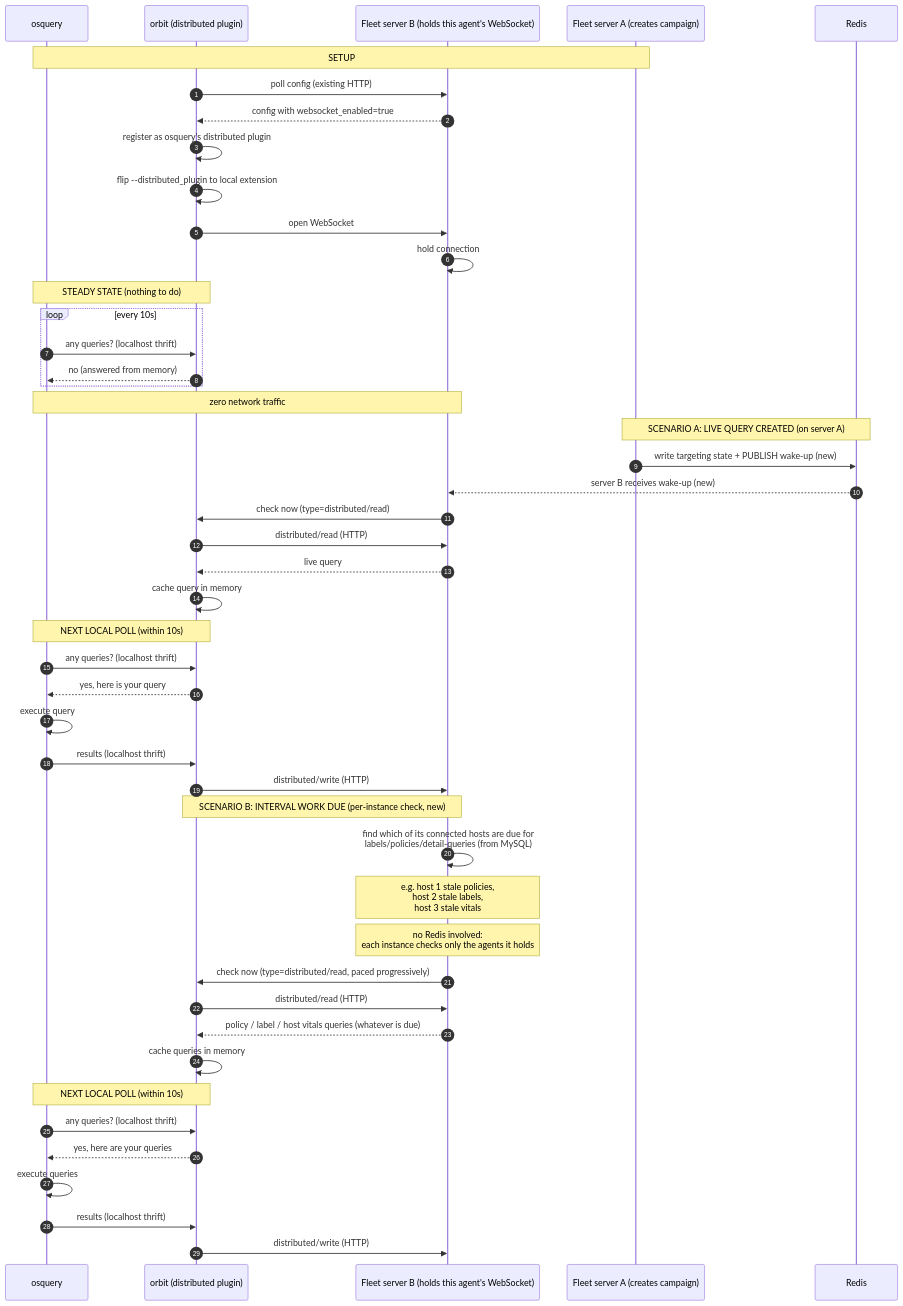
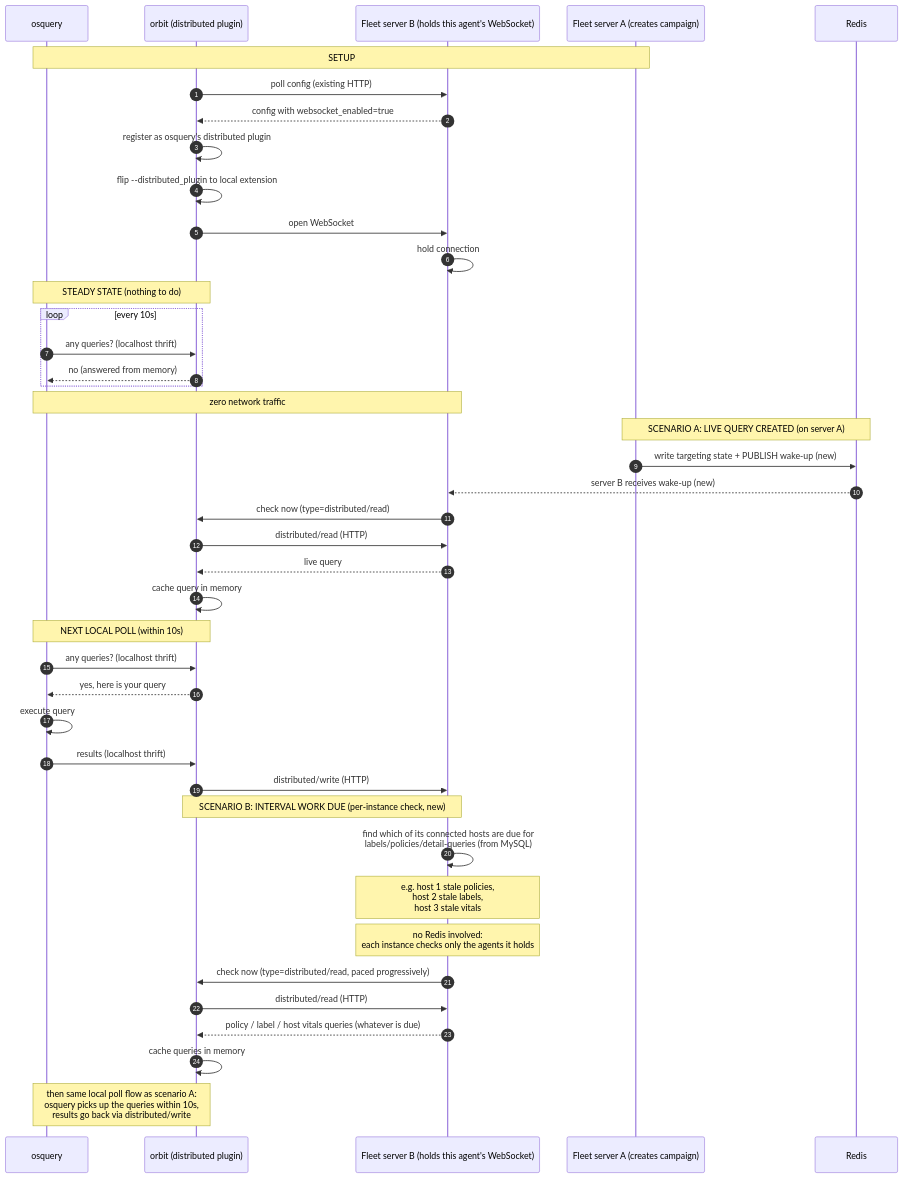
Before and after one commit to fleetdm/fleet: the third of 3 diagrams in docs/Contributing/adr/0011-agent-websocket-transport.md, drawn with Mermaid. The commit also changed other lines of this file, not shown here.

````diff
--- a/docs/Contributing/adr/0011-agent-websocket-transport.md
+++ b/docs/Contributing/adr/0011-agent-websocket-transport.md
@@ -194,55 +166,49 @@
 ```mermaid
 sequenceDiagram
     autonumber
     participant OSQ as osquery
     participant Orbit as orbit (distributed plugin)
     participant S2 as Fleet server B (holds this agent's WebSocket)
     participant S1 as Fleet server A (creates campaign)
     participant Redis
 
     Note over OSQ,S1: SETUP
     Orbit->>S2: poll config (existing HTTP)
     S2-->>Orbit: config with websocket_enabled=true
     Orbit->>Orbit: register as osquery's distributed plugin
     Orbit->>Orbit: flip --distributed_plugin to local extension
     Orbit->>S2: open WebSocket
     S2->>S2: hold connection
 
     Note over OSQ,Orbit: STEADY STATE (nothing to do)
     loop every 10s
         OSQ->>Orbit: any queries? (localhost thrift)
         Orbit-->>OSQ: no (answered from memory)
     end
     Note over OSQ,S2: zero network traffic
 
     Note over S1,Redis: SCENARIO A: LIVE QUERY CREATED (on server A)
     S1->>Redis: write targeting state + PUBLISH wake-up (new)
     Redis-->>S2: server B receives wake-up (new)
     S2->>Orbit: check now (type=distributed/read)
     Orbit->>S2: distributed/read (HTTP)
     S2-->>Orbit: live query
     Orbit->>Orbit: cache query in memory
 
     Note over OSQ,Orbit: NEXT LOCAL POLL (within 10s)
     OSQ->>Orbit: any queries? (localhost thrift)
     Orbit-->>OSQ: yes, here is your query
     OSQ->>OSQ: execute query
     OSQ->>Orbit: results (localhost thrift)
     Orbit->>S2: distributed/write (HTTP)
 
     Note over Orbit,S2: SCENARIO B: INTERVAL WORK DUE (per-instance check, new)
     S2->>S2: find which of its connected hosts are due for<br>labels/policies/detail-queries (from MySQL)
     Note over S2: e.g. host 1 stale policies,<br>host 2 stale labels,<br>host 3 stale vitals
     Note over S2: no Redis involved:<br>each instance checks only the agents it holds
     S2->>Orbit: check now (type=distributed/read, paced progressively)
     Orbit->>S2: distributed/read (HTTP)
     S2-->>Orbit: policy / label / host vitals queries (whatever is due)
     Orbit->>Orbit: cache queries in memory
-
-    Note over OSQ,Orbit: NEXT LOCAL POLL (within 10s)
-    OSQ->>Orbit: any queries? (localhost thrift)
-    Orbit-->>OSQ: yes, here are your queries
-    OSQ->>OSQ: execute queries
-    OSQ->>Orbit: results (localhost thrift)
-    Orbit->>S2: distributed/write (HTTP)
+    Note over OSQ,Orbit: then same local poll flow as scenario A:<br>osquery picks up the queries within 10s,<br>results go back via distributed/write
 ```
````
